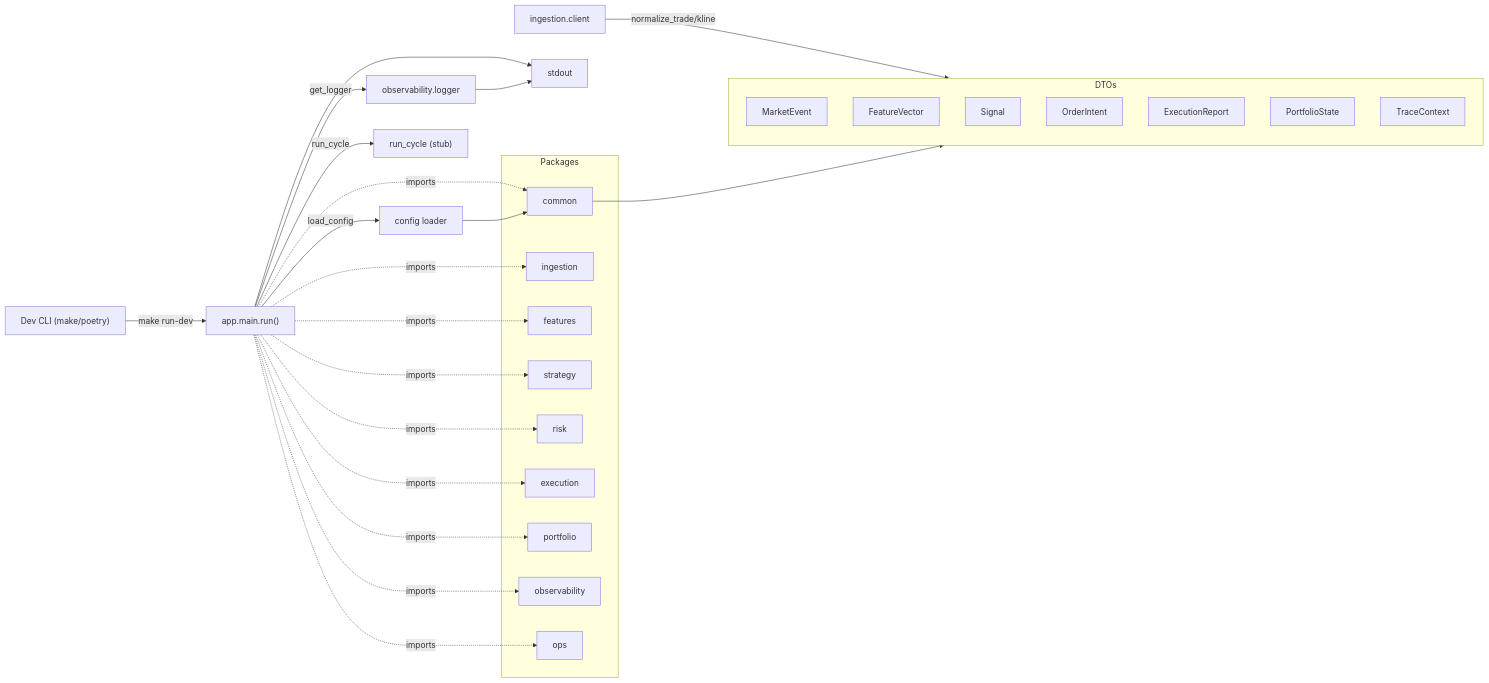
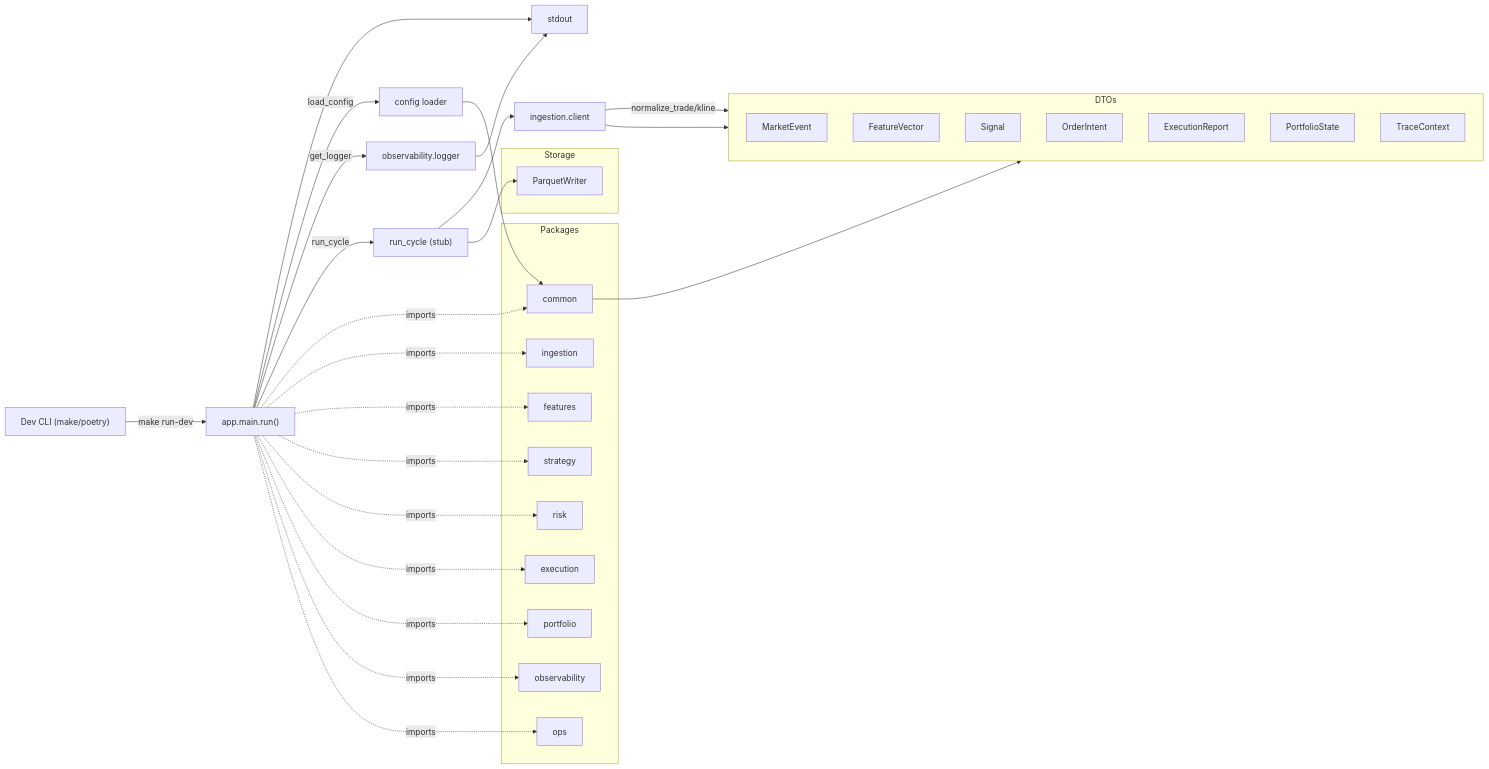
The first of 3 diagrams in docs/architecture.md (oscarlgarcia/MyTraderSystem), drawn with Mermaid before and after one commit. The commit also changed 5 other files, not shown here.

Commit message:
feat: add parquet writer with partitioning and tests

````diff
--- a/docs/architecture.md
+++ b/docs/architecture.md
@@ -3,52 +3,60 @@
 ```mermaid
 flowchart LR
   Dev["Dev CLI (make/poetry)"]
   Main["app.main.run()"]
   Config["config loader"]
   Logger["observability.logger"]
   Stdout["stdout"]
   Pipeline["run_cycle (stub)"]
   Ingest["ingestion.client"]
 
   Dev -->|"make run-dev"| Main --> Stdout
   Main -->|"load_config"| Config
   Main -->|"get_logger"| Logger
   Main -->|"run_cycle"| Pipeline
   Ingest -->|normalize_trade/kline| DTOs
 
 subgraph Packages
   common
   ingestion
   features
   strategy
   risk
   execution
   portfolio
   observability
   ops
 end
 
 Main -. imports .-> common
 Main -. imports .-> ingestion
 Main -. imports .-> features
 Main -. imports .-> strategy
 Main -. imports .-> risk
 Main -. imports .-> execution
 Main -. imports .-> portfolio
 Main -. imports .-> observability
 Main -. imports .-> ops
 
 subgraph DTOs
   MarketEvent
   FeatureVector
   Signal
   OrderIntent
   ExecutionReport
   PortfolioState
   TraceContext
 end
 
 common --> DTOs
 Config --> common
 Logger --> Stdout
+Ingest --> DTOs
+Pipeline --> Ingest
+
+subgraph Storage
+  ParquetWriter
+end
+
+Pipeline --> ParquetWriter
 ```
````
